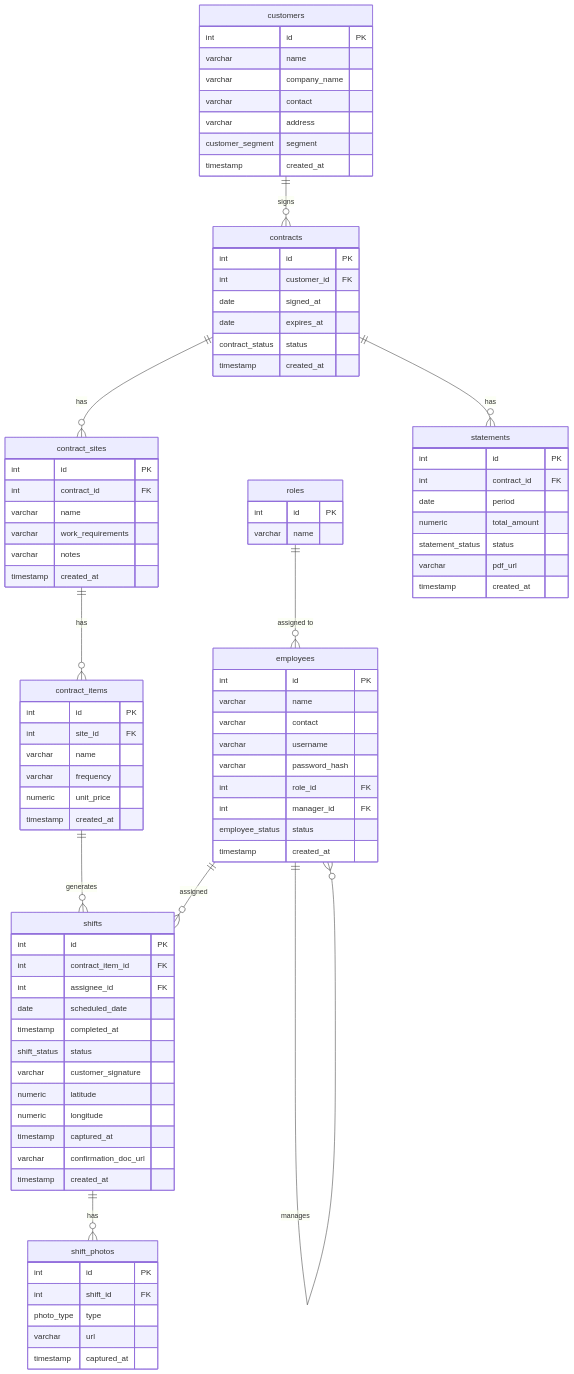
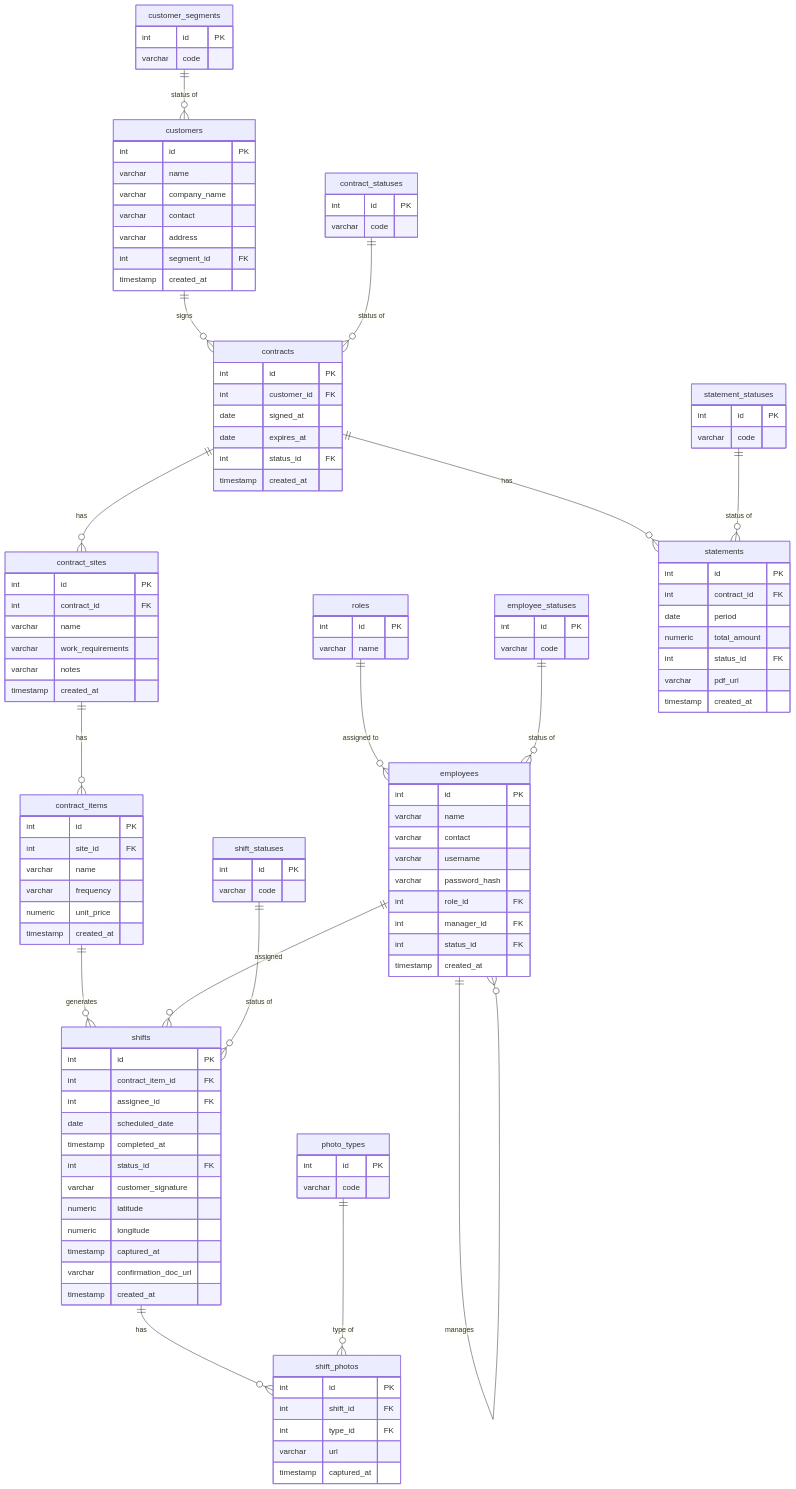
Before and after one commit to dDxCg/contrack: the diagram in db/erd.md, drawn with Mermaid. The commit also changed 1 other file, not shown here.

Commit message:
refactor: replace ENUM by look up table

```diff
--- a/db/erd.md
+++ b/db/erd.md
@@ -4,17 +4,53 @@
 erDiagram
     roles ||--o{ employees : "assigned to"
     employees ||--o{ employees : "manages"
+    employee_statuses ||--o{ employees : "status of"
+    customer_segments ||--o{ customers : "status of"
     customers ||--o{ contracts : "signs"
+    contract_statuses ||--o{ contracts : "status of"
     contracts ||--o{ contract_sites : "has"
     contract_sites ||--o{ contract_items : "has"
     contract_items ||--o{ shifts : "generates"
     employees ||--o{ shifts : "assigned"
+    shift_statuses ||--o{ shifts : "status of"
     shifts ||--o{ shift_photos : "has"
+    photo_types ||--o{ shift_photos : "type of"
     contracts ||--o{ statements : "has"
+    statement_statuses ||--o{ statements : "status of"
 
     roles {
         int id PK
         varchar name
+    }
+
+    customer_segments {
+        int id PK
+        varchar code
+    }
+
+    employee_statuses {
+        int id PK
+        varchar code
+    }
+
+    contract_statuses {
+        int id PK
+        varchar code
+    }
+
+    shift_statuses {
+        int id PK
+        varchar code
+    }
+
+    photo_types {
+        int id PK
+        varchar code
+    }
+
+    statement_statuses {
+        int id PK
+        varchar code
     }
 
     customers {
@@ -23,7 +59,7 @@
         varchar company_name
         varchar contact
         varchar address
-        customer_segment segment
+        int segment_id FK
         timestamp created_at
     }
 
@@ -35,7 +71,7 @@
         varchar password_hash
         int role_id FK
         int manager_id FK
-        employee_status status
+        int status_id FK
         timestamp created_at
     }
 
@@ -44,7 +80,7 @@
         int customer_id FK
         date signed_at
         date expires_at
-        contract_status status
+        int status_id FK
         timestamp created_at
     }
 
@@ -72,7 +108,7 @@
         int assignee_id FK
         date scheduled_date
         timestamp completed_at
-        shift_status status
+        int status_id FK
         varchar customer_signature
         numeric latitude
         numeric longitude
@@ -84,7 +120,7 @@
     shift_photos {
         int id PK
         int shift_id FK
-        photo_type type
+        int type_id FK
         varchar url
         timestamp captured_at
     }
@@ -94,7 +130,7 @@
         int contract_id FK
         date period
         numeric total_amount
-        statement_status status
+        int status_id FK
         varchar pdf_url
         timestamp created_at
     }
```
